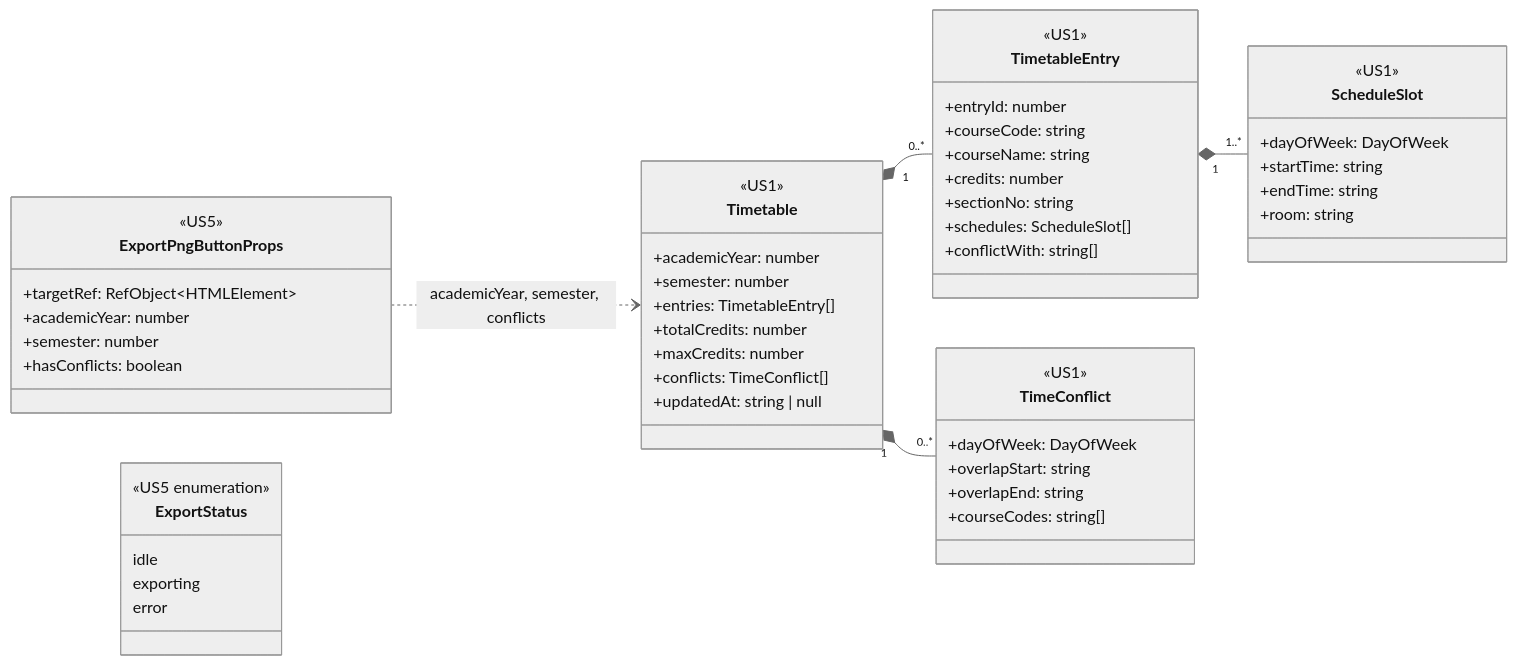
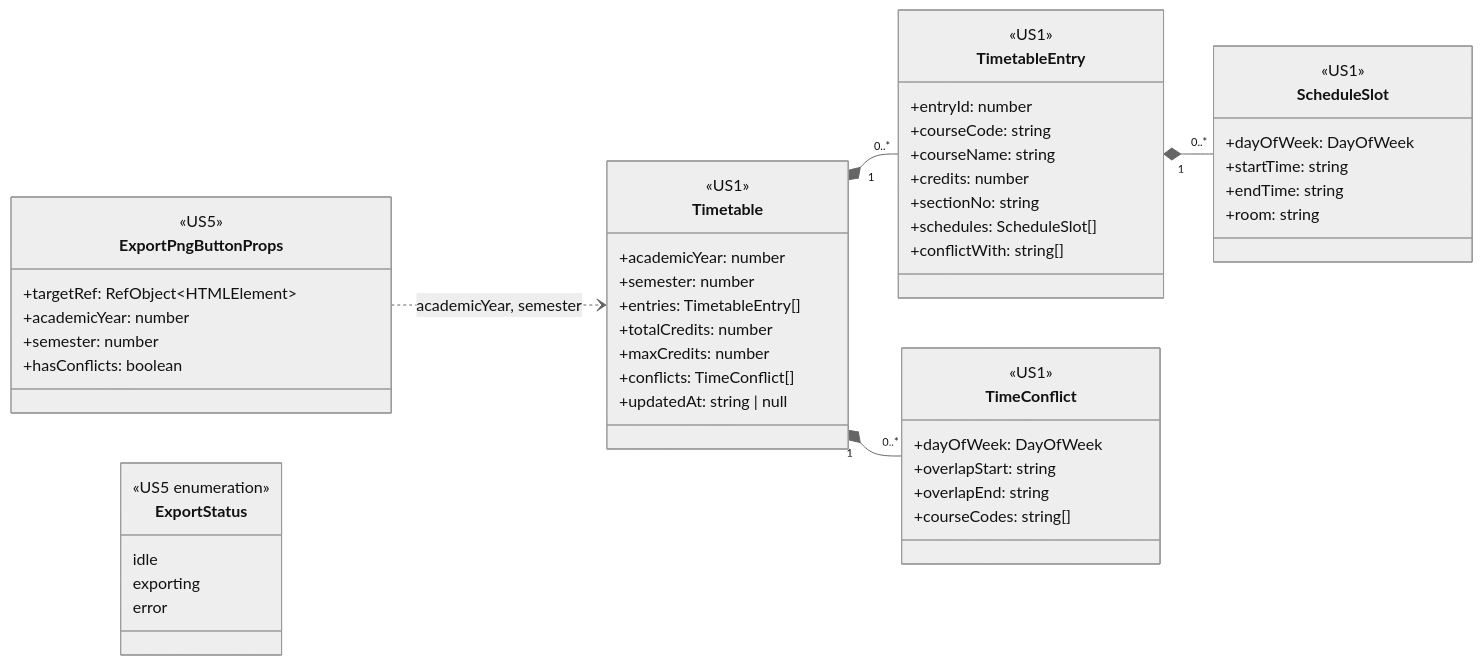
The diagram in .doc/US5/T05/US5-DTO-Class-Diagram.md (Non-Sin/CS261-G3-MockTimetableTU), drawn with Mermaid (neutral theme) before and after one commit. The commit also changed 33 other files, not shown here.

````diff
--- a/.doc/US5/T05/US5-DTO-Class-Diagram.md
+++ b/.doc/US5/T05/US5-DTO-Class-Diagram.md
@@ -5,57 +5,57 @@
 ```mermaid
 classDiagram
     direction LR
 
     class Timetable {
         <<US1>>
         +academicYear: number
         +semester: number
         +entries: TimetableEntry[]
         +totalCredits: number
         +maxCredits: number
         +conflicts: TimeConflict[]
         +updatedAt: string | null
     }
     class TimetableEntry {
         <<US1>>
         +entryId: number
         +courseCode: string
         +courseName: string
         +credits: number
         +sectionNo: string
         +schedules: ScheduleSlot[]
         +conflictWith: string[]
     }
     class ScheduleSlot {
         <<US1>>
         +dayOfWeek: DayOfWeek
         +startTime: string
         +endTime: string
         +room: string
     }
     class TimeConflict {
         <<US1>>
         +dayOfWeek: DayOfWeek
         +overlapStart: string
         +overlapEnd: string
         +courseCodes: string[]
     }
     class ExportPngButtonProps {
         <<US5>>
         +targetRef: RefObject~HTMLElement~
         +academicYear: number
         +semester: number
         +hasConflicts: boolean
     }
     class ExportStatus {
         <<US5 enumeration>>
         idle
         exporting
         error
     }
 
     Timetable "1" *-- "0..*" TimetableEntry
     Timetable "1" *-- "0..*" TimeConflict
-    TimetableEntry "1" *-- "1..*" ScheduleSlot
-    ExportPngButtonProps ..> Timetable : academicYear, semester, conflicts
+    TimetableEntry "1" *-- "0..*" ScheduleSlot
+    ExportPngButtonProps ..> Timetable : academicYear, semester
 ```
````
